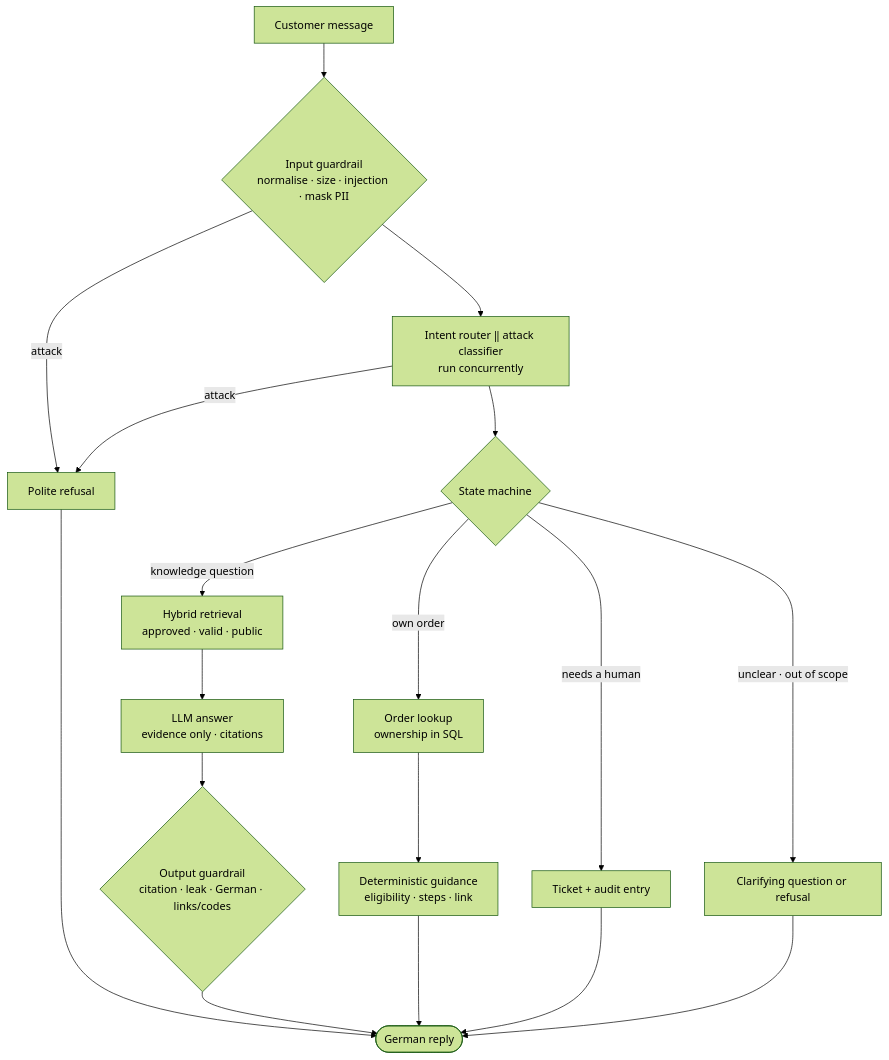
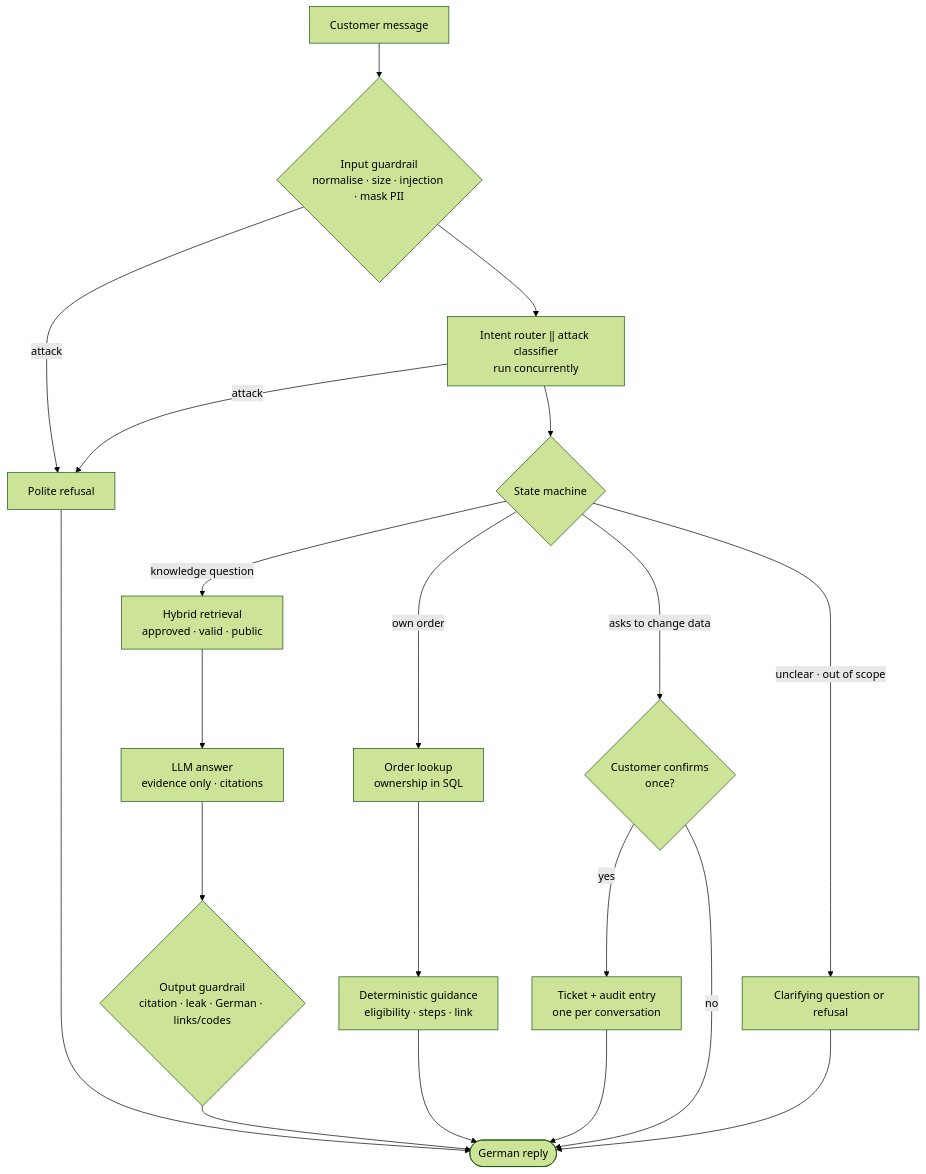
One commit to haoran-yang-henry/customer-chatbot changed the second of 4 diagrams in README.md. Above: the diagram before and after it, drawn with Mermaid (forest theme). The commit also changed other lines of this file and 1 other file, not shown here.

First line of the commit message:
docs: ticket policy and new results in the README; demo example

````diff
--- a/README.md
+++ b/README.md
@@ -57,20 +58,22 @@
 ```mermaid
 flowchart TD
     msg[Customer message] --> input{Input guardrail<br/>normalise · size · injection · mask PII}
     input -- attack --> refuse[Polite refusal]
     input --> classify[Intent router ‖ attack classifier<br/>run concurrently]
     classify -- attack --> refuse
     classify --> decide{State machine}
     decide -- knowledge question --> retrieve[Hybrid retrieval<br/>approved · valid · public]
     retrieve --> answer[LLM answer<br/>evidence only · citations]
     answer --> output{Output guardrail<br/>citation · leak · German · links/codes}
     output --> reply([German reply])
     decide -- own order --> lookup[Order lookup<br/>ownership in SQL]
     lookup --> guidance[Deterministic guidance<br/>eligibility · steps · link]
     guidance --> reply
-    decide -- needs a human --> ticket[Ticket + audit entry]
+    decide -- asks to change data --> confirm{Customer confirms<br/>once?}
+    confirm -- yes --> ticket[Ticket + audit entry<br/>one per conversation]
+    confirm -- no --> reply
     ticket --> reply
     decide -- unclear · out of scope --> clarify[Clarifying question or refusal]
     clarify --> reply
     refuse --> reply
 ```
````
